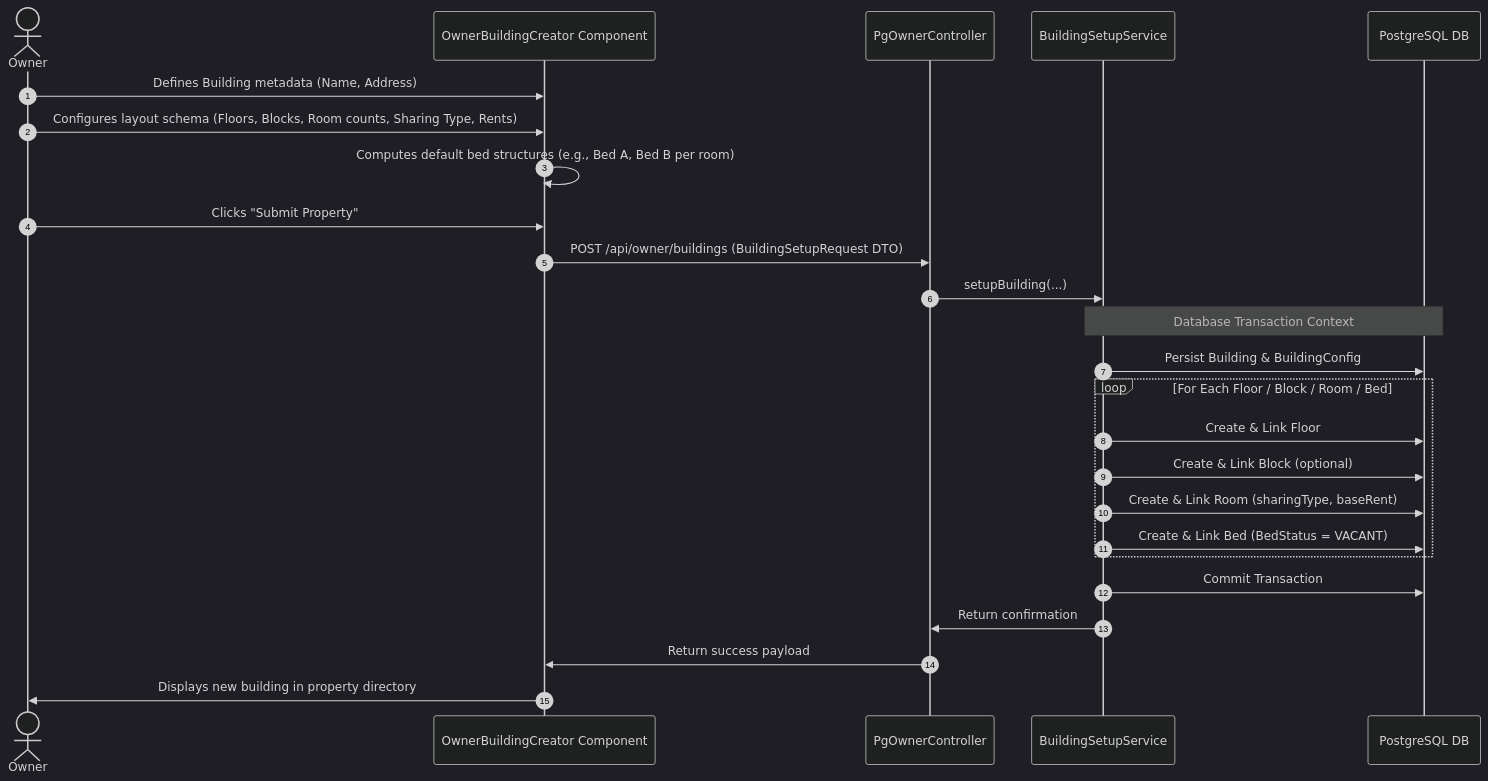
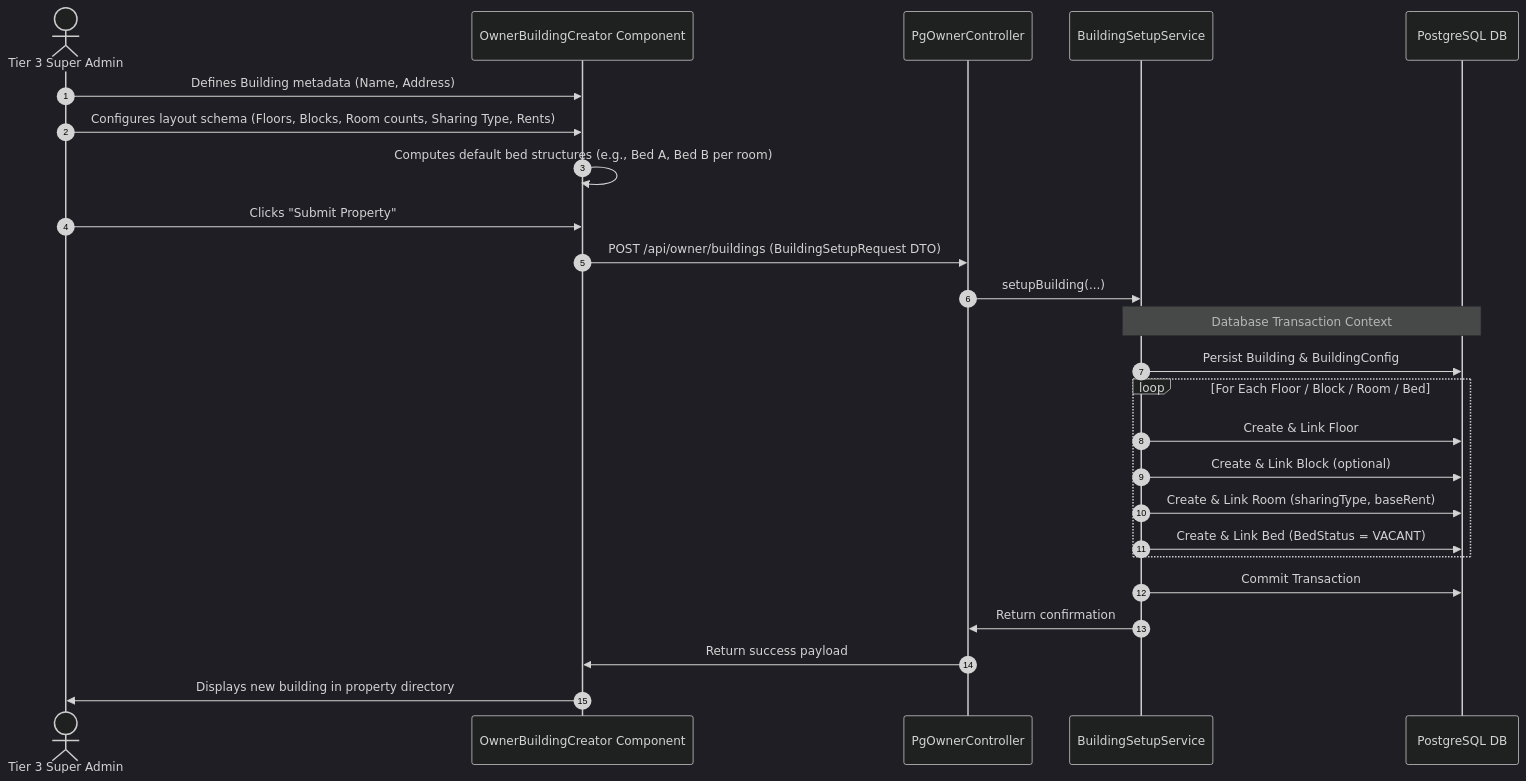
The ninth of 21 diagrams in docs/WORKFLOWS.md (rahul-0906/PG-Project), drawn with Mermaid (dark theme) before and after one commit. The commit also changed other lines of this file and 7 other files, not shown here.

Commit message:
Comprehensive documentation overhaul: update 4-tier roles, workflows, calculations, architecture, and onboarding SOP

````diff
--- a/docs/WORKFLOWS.md
+++ b/docs/WORKFLOWS.md
@@ -250,28 +261,28 @@
 ```mermaid
 sequenceDiagram
     autonumber
-    actor Owner
+    actor SuperAdmin as Tier 3 Super Admin
     participant Creator as OwnerBuildingCreator Component
     participant Controller as PgOwnerController
     participant SetupService as BuildingSetupService
     participant DB as PostgreSQL DB
 
-    Owner->>Creator: Defines Building metadata (Name, Address)
-    Owner->>Creator: Configures layout schema (Floors, Blocks, Room counts, Sharing Type, Rents)
+    SuperAdmin->>Creator: Defines Building metadata (Name, Address)
+    SuperAdmin->>Creator: Configures layout schema (Floors, Blocks, Room counts, Sharing Type, Rents)
     Creator->>Creator: Computes default bed structures (e.g., Bed A, Bed B per room)
-    Owner->>Creator: Clicks "Submit Property"
+    SuperAdmin->>Creator: Clicks "Submit Property"
     Creator->>Controller: POST /api/owner/buildings (BuildingSetupRequest DTO)
     Controller->>SetupService: setupBuilding(...)
     Note over SetupService, DB: Database Transaction Context
     SetupService->>DB: Persist Building & BuildingConfig
     loop For Each Floor / Block / Room / Bed
         SetupService->>DB: Create & Link Floor
         SetupService->>DB: Create & Link Block (optional)
         SetupService->>DB: Create & Link Room (sharingType, baseRent)
         SetupService->>DB: Create & Link Bed (BedStatus = VACANT)
     end
     SetupService->>DB: Commit Transaction
     SetupService->>Controller: Return confirmation
     Controller->>Creator: Return success payload
-    Creator->>Owner: Displays new building in property directory
+    Creator->>SuperAdmin: Displays new building in property directory
 ```
````
